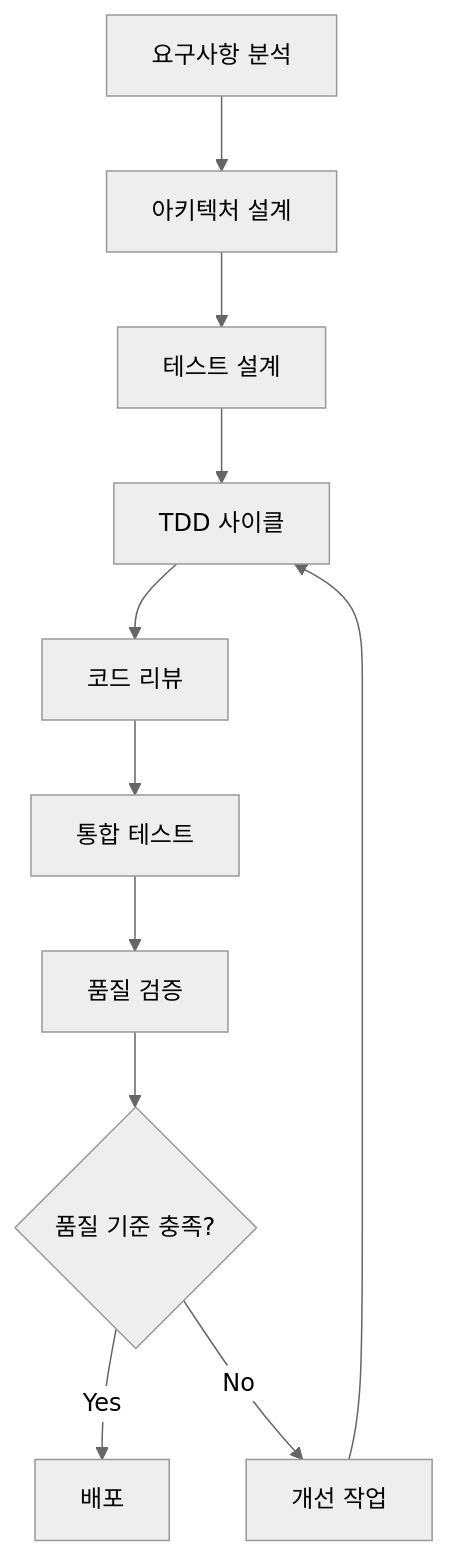
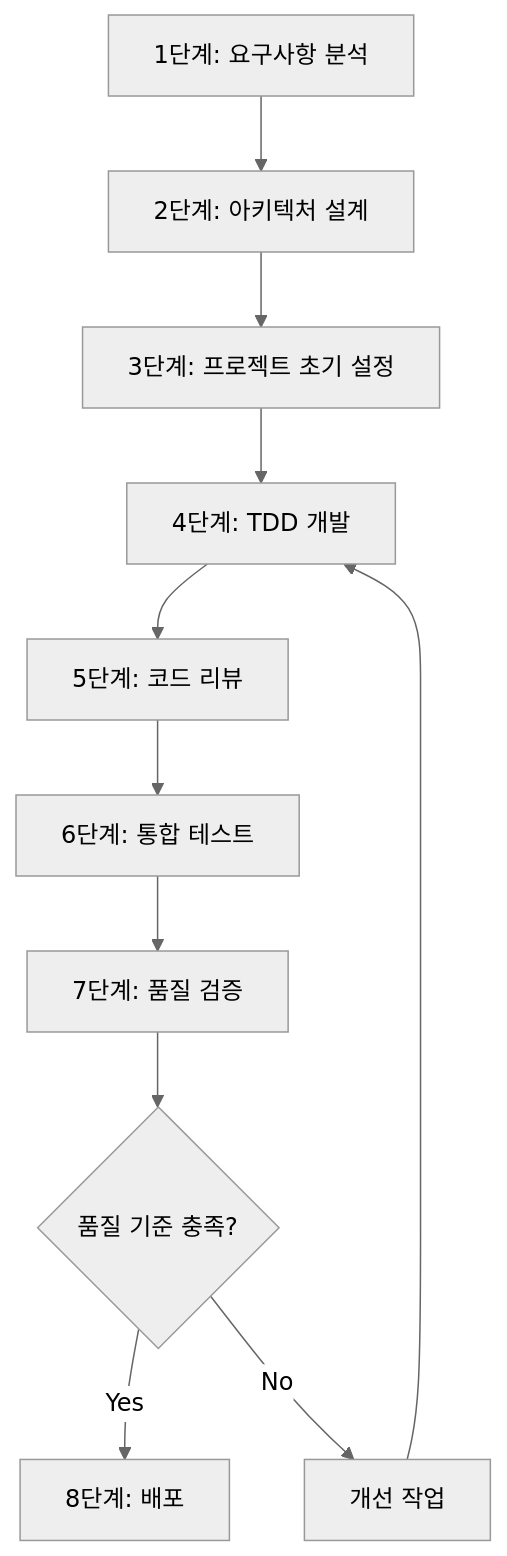
One commit to SAgiKPJH/Agent_Assist_Prompt changed the diagram in docs_example/development/development-process.md. Above: the diagram before and after it, drawn with Mermaid (neutral theme). The commit also changed other lines of this file, not shown here.

````diff
--- a/docs_example/development/development-process.md
+++ b/docs_example/development/development-process.md
@@ -27,13 +33,13 @@
 ```mermaid
 graph TD
-    A[요구사항 분석] --> B[아키텍처 설계]
-    B --> C[테스트 설계]
-    C --> D[TDD 사이클]
-    D --> E[코드 리뷰]
-    E --> F[통합 테스트]
-    F --> G[품질 검증]
+    A[1단계: 요구사항 분석] --> B[2단계: 아키텍처 설계]
+    B --> C[3단계: 프로젝트 초기 설정]
+    C --> D[4단계: TDD 개발]
+    D --> E[5단계: 코드 리뷰]
+    E --> F[6단계: 통합 테스트]
+    F --> G[7단계: 품질 검증]
     G --> H{품질 기준 충족?}
-    H -->|Yes| I[배포]
+    H -->|Yes| I[8단계: 배포]
     H -->|No| J[개선 작업]
     J --> D
 ```
````
